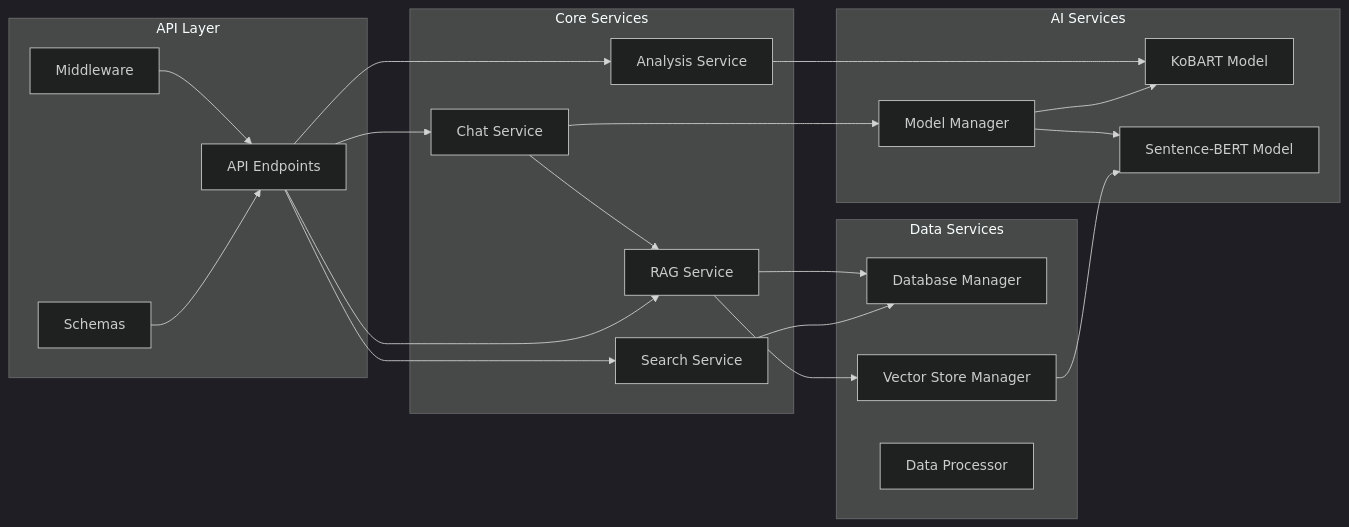
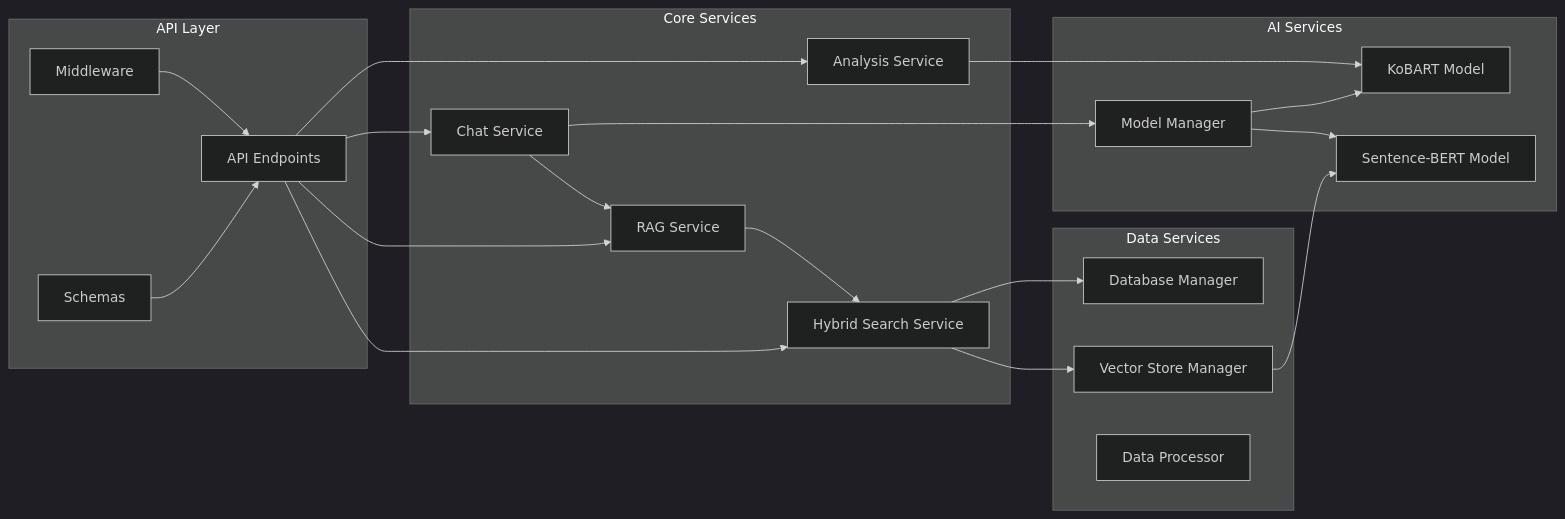
Before and after one commit to kimhaegyeong/LawFirmAI: the third of 5 diagrams in docs/architecture/system_architecture.md, drawn with Mermaid (dark theme). The commit also changed other lines of this file and 82 other files, not shown here.

````diff
--- a/docs/architecture/system_architecture.md
+++ b/docs/architecture/system_architecture.md
@@ -104,46 +108,46 @@
 ```mermaid
 graph LR
     subgraph "Core Services"
         CS[Chat Service]
         RS[RAG Service]
-        SS[Search Service]
+        HS[Hybrid Search Service]
         AS[Analysis Service]
     end
     
     subgraph "Data Services"
         DB[Database Manager]
         VS[Vector Store Manager]
         DP[Data Processor]
     end
     
     subgraph "AI Services"
         KM[KoBART Model]
         SM[Sentence-BERT Model]
         MM[Model Manager]
     end
     
     subgraph "API Layer"
         EP[API Endpoints]
         MW[Middleware]
         SC[Schemas]
     end
     
     CS --> RS
     CS --> MM
-    RS --> VS
-    RS --> DB
-    SS --> DB
+    RS --> HS
+    HS --> VS
+    HS --> DB
     AS --> KM
     
     MM --> KM
     MM --> SM
     VS --> SM
     
     EP --> CS
     EP --> RS
-    EP --> SS
+    EP --> HS
     EP --> AS
     
     MW --> EP
     SC --> EP
 ```
````
